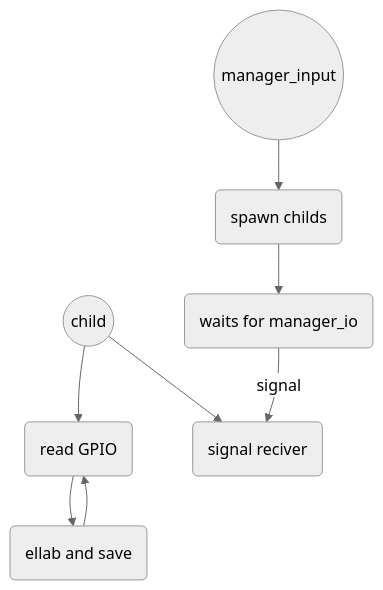
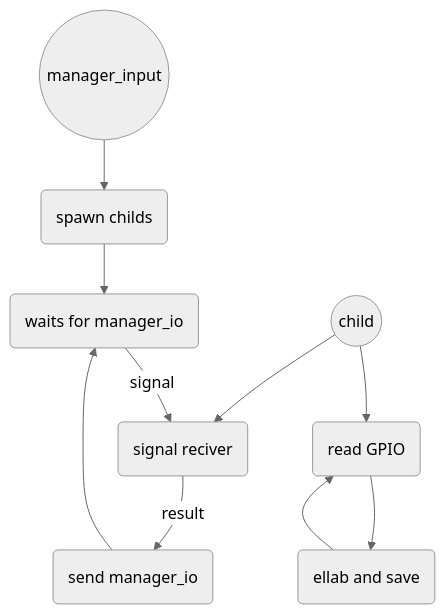
One commit to draane/egg-robotic-arm changed the third of 4 diagrams in README.md. Above: the diagram before and after it, drawn with Mermaid (neutral theme). The commit also changed other lines of this file, not shown here.

````diff
--- a/README.md
+++ b/README.md
@@ -47,10 +42,12 @@
 ```mermaid
 graph TD
 A((manager_input)) --> B(spawn childs)
 B(spawn childs) --> E(waits for manager_io)
 F((child)) --> G(read GPIO)
 F((child)) --> I(signal reciver)
 G(read GPIO) --> H(ellab and save)
 H(ellab and save) --> G(read GPIO)
 E(waits for manager_io)--signal-->I(signal reciver)
+I(signal reciver) --result-->L(send manager_io)
+L-->E
 ```
````
